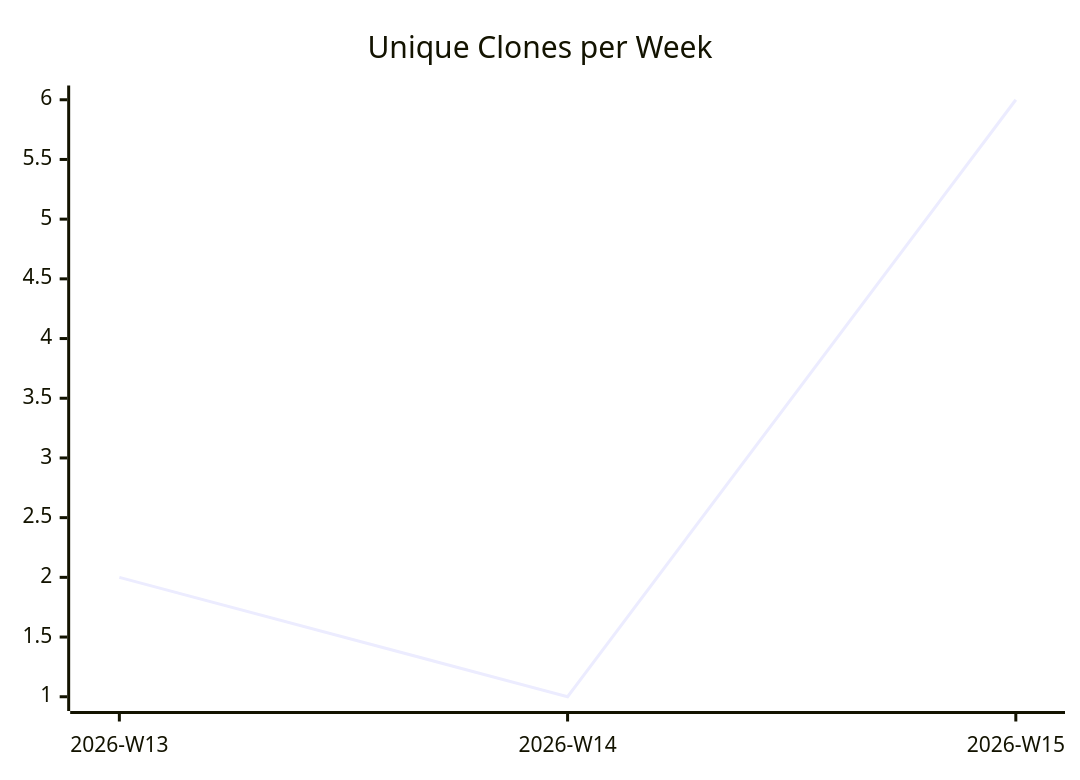
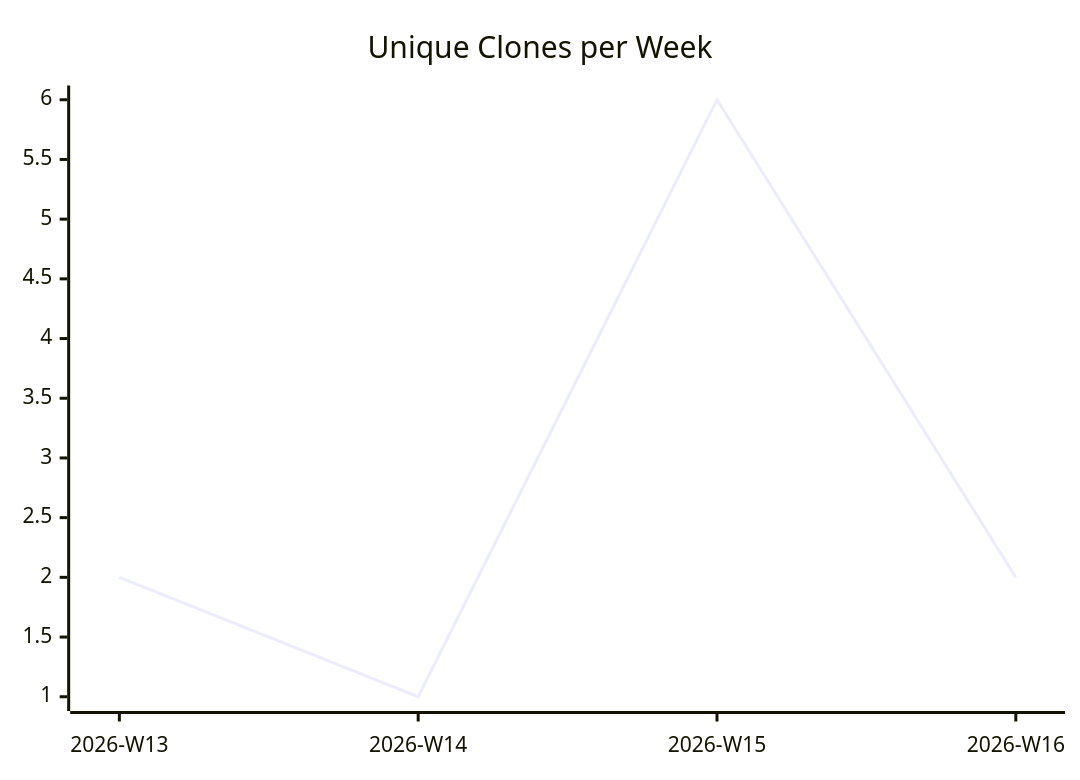
One commit to justdavis-family/github-analytics-data changed the third of 3 diagrams in karlmdavis/m2e-core/README.md. Above: the diagram before and after it, drawn with Mermaid. The commit also changed other lines of this file and 173 other files, not shown here.

````diff
--- a/karlmdavis/m2e-core/README.md
+++ b/karlmdavis/m2e-core/README.md
@@ -19,6 +19,6 @@
 ```mermaid
 xychart-beta
   title "Unique Clones per Week"
-  x-axis ["2026-W13", "2026-W14", "2026-W15"]
-  line [2, 1, 6]
+  x-axis ["2026-W13", "2026-W14", "2026-W15", "2026-W16"]
+  line [2, 1, 6, 2]
 ```
````
